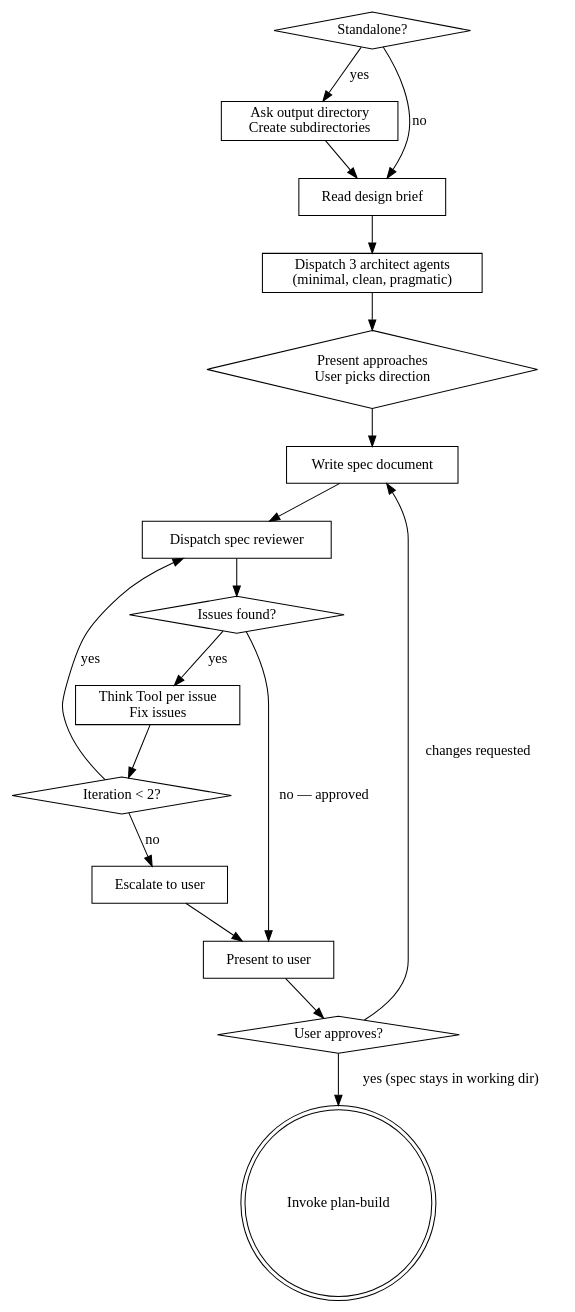
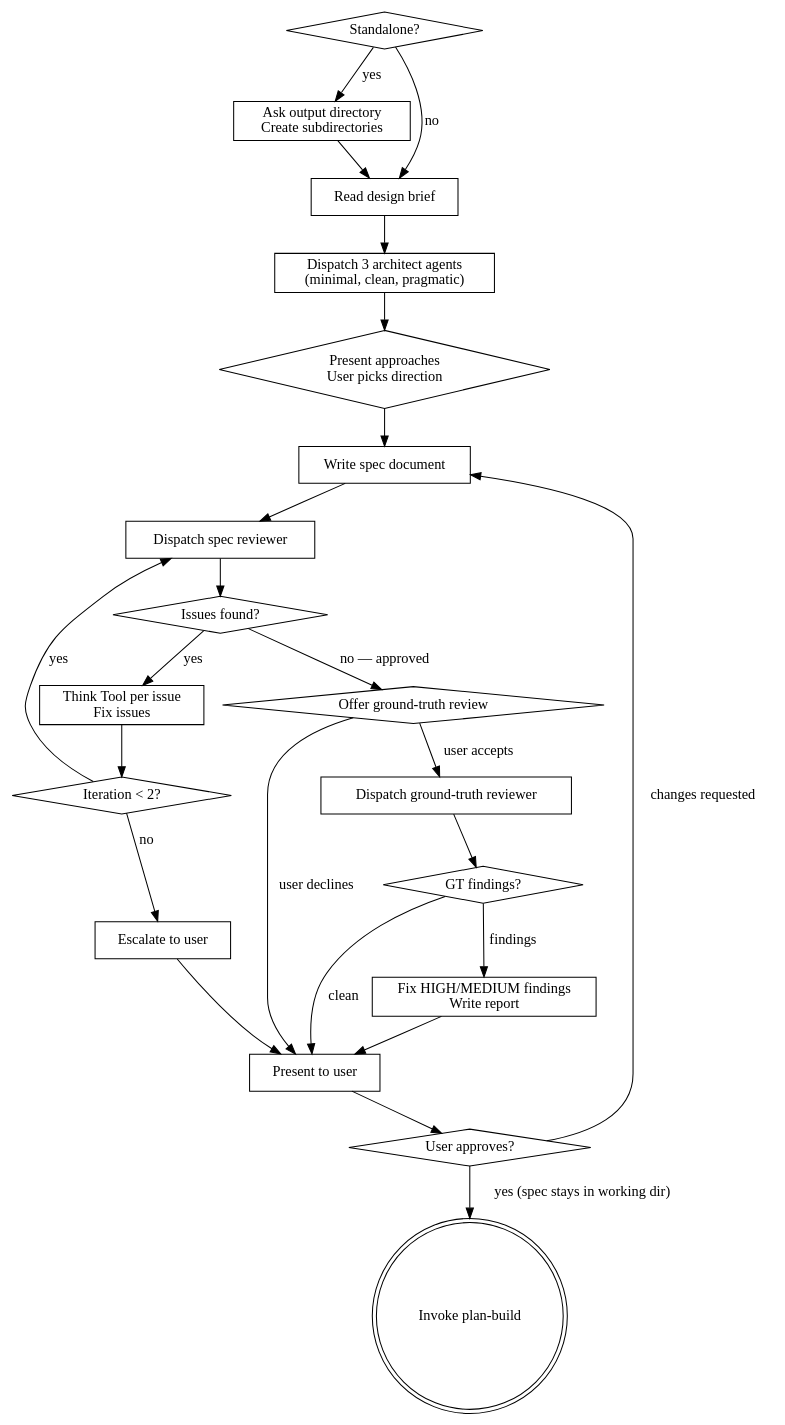
Before and after one commit to OrdinaryMoose/Chester: the diagram in skills/design-specify/SKILL.md, drawn with Graphviz. The commit also changed other lines of this file, not shown here.

Commit message:
feat: add opt-in ground-truth review step to design-specify

````diff
--- a/skills/design-specify/SKILL.md
+++ b/skills/design-specify/SKILL.md
@@ -37,36 +38,46 @@
 ```dot
 digraph build_spec {
     "Standalone?" [shape=diamond];
     "Ask output directory\nCreate subdirectories" [shape=box];
     "Read design brief" [shape=box];
     "Dispatch 3 architect agents\n(minimal, clean, pragmatic)" [shape=box];
     "Present approaches\nUser picks direction" [shape=diamond];
     "Write spec document" [shape=box];
     "Dispatch spec reviewer" [shape=box];
     "Issues found?" [shape=diamond];
     "Think Tool per issue\nFix issues" [shape=box];
     "Iteration < 2?" [shape=diamond];
     "Escalate to user" [shape=box];
+    "Offer ground-truth review" [shape=diamond];
+    "Dispatch ground-truth reviewer" [shape=box];
+    "GT findings?" [shape=diamond];
+    "Fix HIGH/MEDIUM findings\nWrite report" [shape=box];
     "Present to user" [shape=box];
     "User approves?" [shape=diamond];
     "Invoke plan-build" [shape=doublecircle];
 
     "Standalone?" -> "Ask output directory\nCreate subdirectories" [label="yes"];
     "Standalone?" -> "Read design brief" [label="no"];
     "Ask output directory\nCreate subdirectories" -> "Read design brief";
     "Read design brief" -> "Dispatch 3 architect agents\n(minimal, clean, pragmatic)";
     "Dispatch 3 architect agents\n(minimal, clean, pragmatic)" -> "Present approaches\nUser picks direction";
     "Present approaches\nUser picks direction" -> "Write spec document";
     "Write spec document" -> "Dispatch spec reviewer";
     "Dispatch spec reviewer" -> "Issues found?";
-    "Issues found?" -> "Present to user" [label="no — approved"];
+    "Issues found?" -> "Offer ground-truth review" [label="no — approved"];
     "Issues found?" -> "Think Tool per issue\nFix issues" [label="yes"];
     "Think Tool per issue\nFix issues" -> "Iteration < 2?";
     "Iteration < 2?" -> "Dispatch spec reviewer" [label="yes"];
     "Iteration < 2?" -> "Escalate to user" [label="no"];
     "Escalate to user" -> "Present to user";
+    "Offer ground-truth review" -> "Dispatch ground-truth reviewer" [label="user accepts"];
+    "Offer ground-truth review" -> "Present to user" [label="user declines"];
+    "Dispatch ground-truth reviewer" -> "GT findings?";
+    "GT findings?" -> "Fix HIGH/MEDIUM findings\nWrite report" [label="findings"];
+    "GT findings?" -> "Present to user" [label="clean"];
+    "Fix HIGH/MEDIUM findings\nWrite report" -> "Present to user";
     "Present to user" -> "User approves?";
     "User approves?" -> "Invoke plan-build" [label="yes (spec stays in working dir)"];
     "User approves?" -> "Write spec document" [label="changes requested"];
 }
 ```
````
